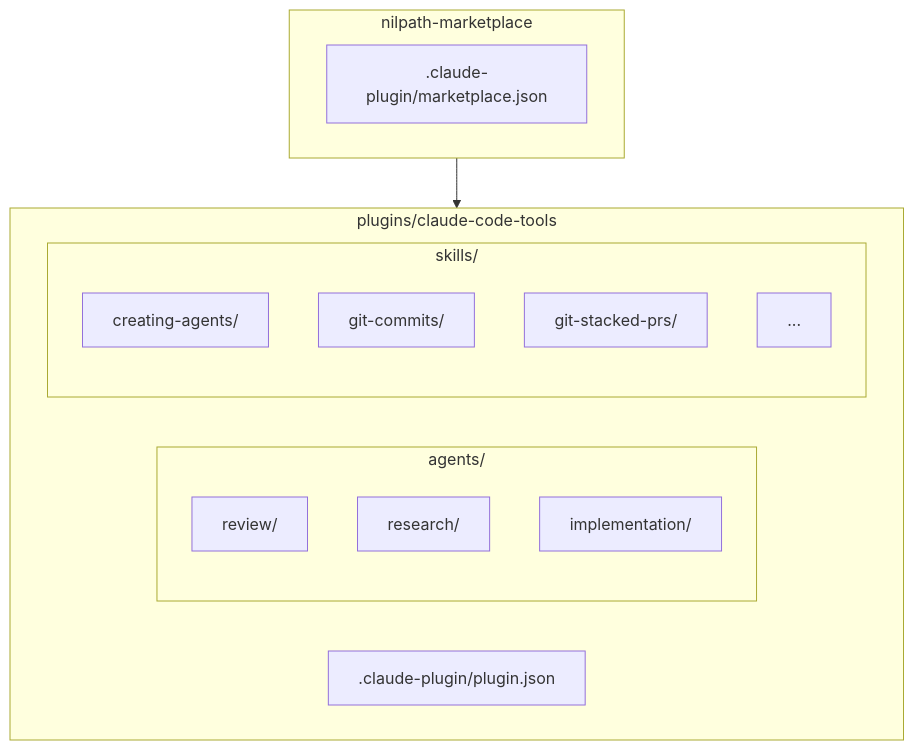
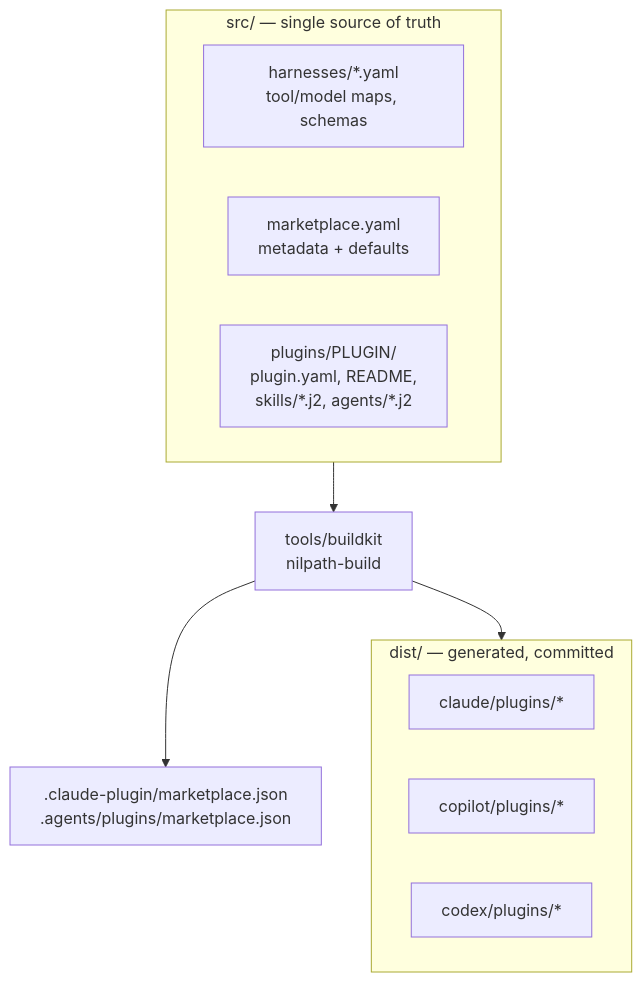
Before and after one commit to nilpath/nilpath-marketplace: the diagram in CLAUDE.md, drawn with Mermaid. The commit also changed other lines of this file and 464 other files, not shown here.

First line of the commit message:
feat: tri-client distribution via templated single source + buildkit (v0.8.0) (#35)

````diff
--- a/CLAUDE.md
+++ b/CLAUDE.md
@@ -7,26 +16,21 @@
 ```mermaid
 flowchart TD
-    subgraph MARKETPLACE[nilpath-marketplace]
-        MP_JSON[.claude-plugin/marketplace.json]
+    subgraph SRC[src/ — single source of truth]
+        HARNESS[harnesses/*.yaml<br/>tool/model maps, schemas]
+        MKT[marketplace.yaml<br/>metadata + defaults]
+        PLUGINS[plugins/PLUGIN/<br/>plugin.yaml, README,<br/>skills/*.j2, agents/*.j2]
     end
 
-    subgraph PLUGIN[plugins/claude-code-tools]
-        PL_JSON[.claude-plugin/plugin.json]
+    BUILD[tools/buildkit<br/>nilpath-build]
 
-        subgraph AGENTS[agents/]
-            A_REV[review/]
-            A_RES[research/]
-            A_IMP[implementation/]
-        end
-
-        subgraph SKILLS[skills/]
-            S1[creating-agents/]
-            S2[git-commits/]
-            S3[git-stacked-prs/]
-            S4[...]
-        end
-
+    subgraph DIST[dist/ — generated, committed]
+        CLAUDE[claude/plugins/*]
+        COPILOT[copilot/plugins/*]
+        CODEX[codex/plugins/*]
     end
 
-    MARKETPLACE --> PLUGIN
+    REG[.claude-plugin/marketplace.json<br/>.agents/plugins/marketplace.json]
+
+    SRC --> BUILD --> DIST
+    BUILD --> REG
 ```
````
